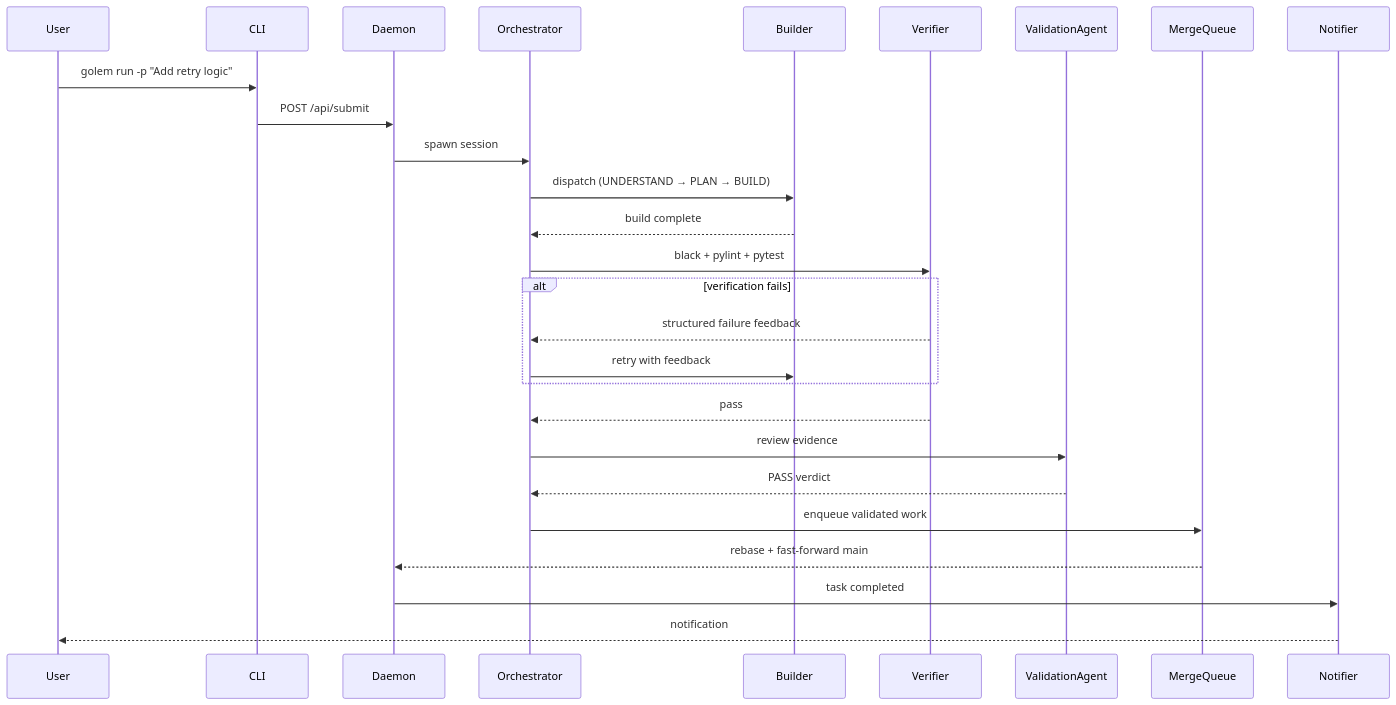
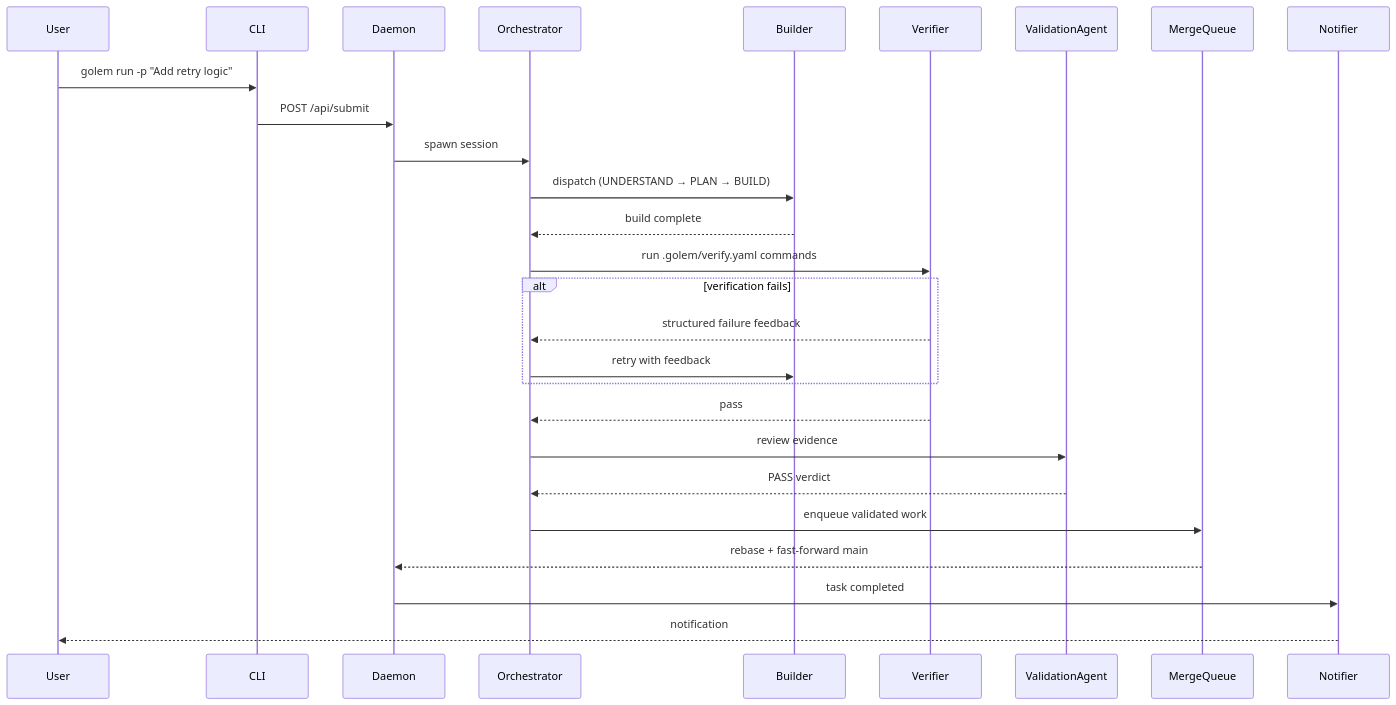
The second of 4 diagrams in docs/wiki/Architecture.md (itsmeboris/Golem), drawn with Mermaid before and after one commit. The commit also changed other lines of this file and 10 other files, not shown here.

````diff
--- a/docs/wiki/Architecture.md
+++ b/docs/wiki/Architecture.md
@@ -128,30 +130,30 @@
 ```mermaid
 sequenceDiagram
     participant User
     participant CLI
     participant Daemon
     participant Orchestrator
     participant Builder
     participant Verifier
     participant ValidationAgent
     participant MergeQueue
     participant Notifier
 
     User->>CLI: golem run -p "Add retry logic"
     CLI->>Daemon: POST /api/submit
     Daemon->>Orchestrator: spawn session
     Orchestrator->>Builder: dispatch (UNDERSTAND → PLAN → BUILD)
     Builder-->>Orchestrator: build complete
-    Orchestrator->>Verifier: black + pylint + pytest
+    Orchestrator->>Verifier: run .golem/verify.yaml commands
     alt verification fails
         Verifier-->>Orchestrator: structured failure feedback
         Orchestrator->>Builder: retry with feedback
     end
     Verifier-->>Orchestrator: pass
     Orchestrator->>ValidationAgent: review evidence
     ValidationAgent-->>Orchestrator: PASS verdict
     Orchestrator->>MergeQueue: enqueue validated work
     MergeQueue-->>Daemon: rebase + fast-forward main
     Daemon->>Notifier: task completed
     Notifier-->>User: notification
 ```
````
